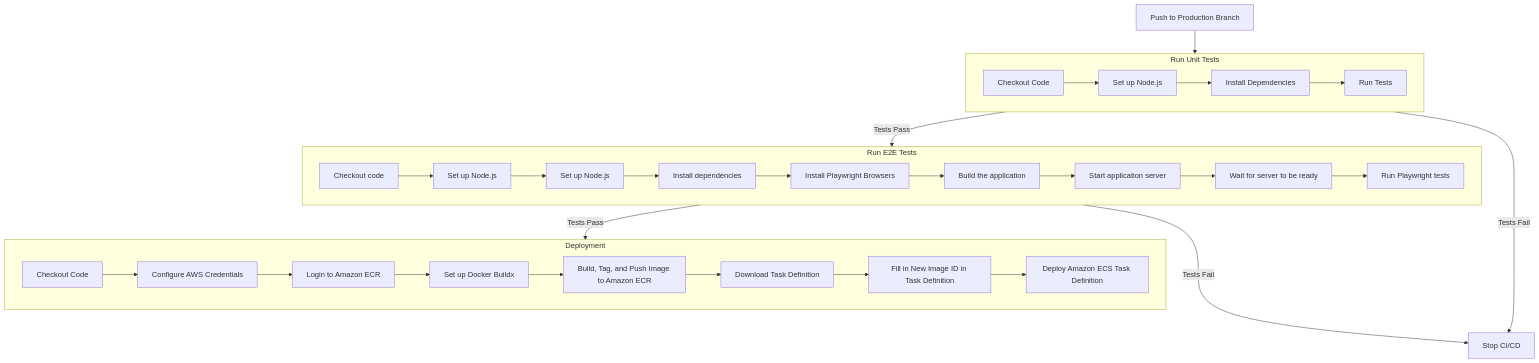
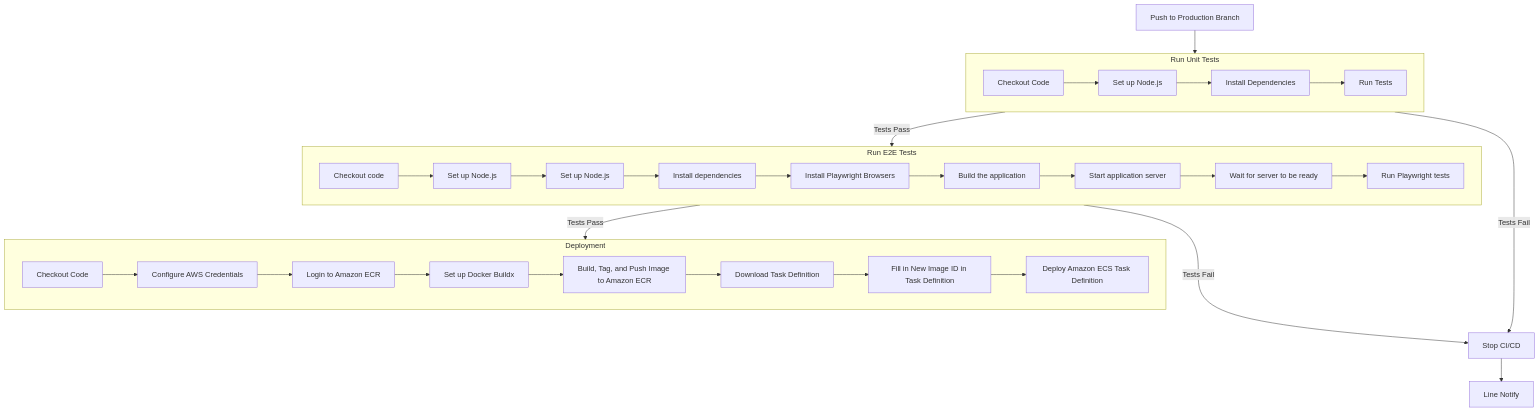
One commit to sukitb/nextjs-boilerplate changed the diagram in README.md. Above: the diagram before and after it, drawn with Mermaid. The commit also changed other lines of this file and 1 other file, not shown here.

````diff
--- a/README.md
+++ b/README.md
@@ -246,53 +250,55 @@
 ```mermaid
 graph TD;
     A[Push to Production Branch] --> unit-test
 
     subgraph unit-test[Run Unit Tests]
         B1[Checkout Code]
         B2[Set up Node.js]
         B3[Install Dependencies]
         B4[Run Tests]
         B1 --> B2 --> B3 --> B4
     end
 
     subgraph e2e-test[Run E2E Tests]
     D1[Checkout code]
     D2[Set up Node.js]
     D3[Set up Node.js]
     D4[Install dependencies]
     D5[Install Playwright Browsers]
     D6[Build the application]
     D7[Start application server]
     D8[Wait for server to be ready]
     D9[Run Playwright tests]
     D1 --> D2 --> D3 --> D4 --> D5 --> D6 --> D7 --> D8 --> D9
     end
 
     unit-test -->|Tests Pass| e2e-test
     e2e-test -->|Tests Pass| Deployment[Deploy to Amazon ECS]
 
     unit-test -->|Tests Fail| Stop[Stop CI/CD]
     e2e-test --->|Tests Fail| Stop
 
+    Stop --> Line[Line Notify]
+
 
     subgraph Deployment
         C1[Checkout Code]
         C2[Configure AWS Credentials]
         C3[Login to Amazon ECR]
         C4[Set up Docker Buildx]
         C5[Build, Tag, and Push Image to Amazon ECR]
         C6[Download Task Definition]
         C7[Fill in New Image ID in Task Definition]
         C8[Deploy Amazon ECS Task Definition]
         C1 --> C2 --> C3 --> C4 --> C5 --> C6 --> C7 --> C8
     end
 
     click B1 href "https://github.com/actions/checkout" "actions/checkout@v2"
     click B2 href "https://github.com/actions/setup-node" "actions/setup-node@v2"
     click C2 href "https://github.com/aws-actions/configure-aws-credentials" "aws-actions/configure-aws-credentials@v1"
     click C3 href "https://github.com/aws-actions/amazon-ecr-login" "aws-actions/amazon-ecr-login@v1"
     click C4 href "https://github.com/docker/setup-buildx-action" "docker/setup-buildx-action@v1"
     click C7 href "https://github.com/aws-actions/amazon-ecs-render-task-definition" "aws-actions/amazon-ecs-render-task-definition@v1"
     click C8 href "https://github.com/aws-actions/amazon-ecs-deploy-task-definition" "aws-actions/amazon-ecs-deploy-task-definition@v1"
 
 ```
````
